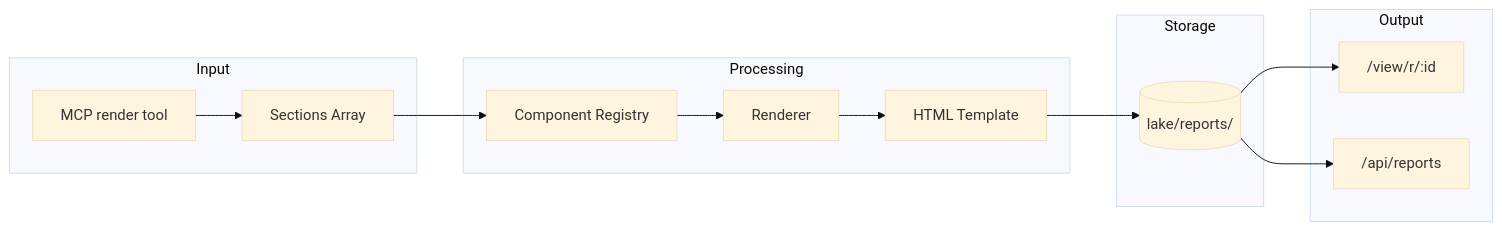
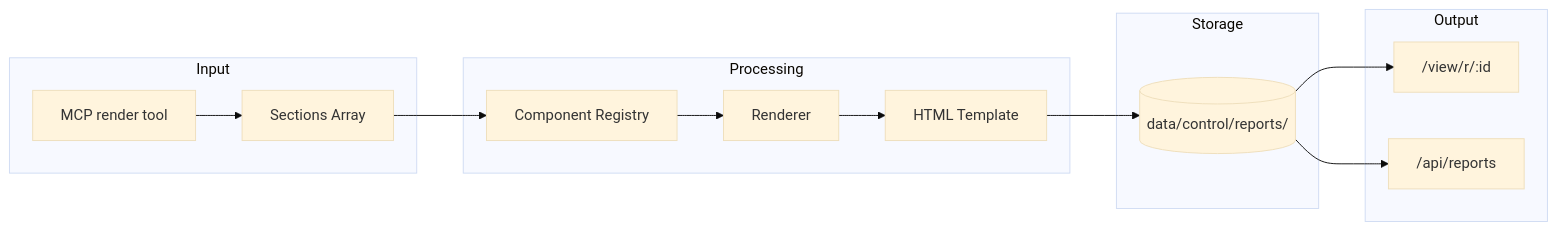
Before and after one commit to labstack/fanout: the tenth of 10 diagrams in ARCHITECTURE.md, drawn with Mermaid (base theme). The commit also changed other lines of this file and 65 other files, not shown here.

````diff
--- a/ARCHITECTURE.md
+++ b/ARCHITECTURE.md
@@ -505,29 +512,29 @@
 ```mermaid
 flowchart LR
     subgraph Input
         MCP[MCP render tool]
         SEC[Sections Array]
     end
 
     subgraph Processing
         REG[Component Registry]
         RND[Renderer]
         TPL[HTML Template]
     end
 
     subgraph Storage
-        FS[("lake/reports/")]
+        FS[("data/control/reports/")]
     end
 
     subgraph Output
         URL["/view/r/:id"]
         API["/api/reports"]
     end
 
     MCP --> SEC
     SEC --> REG
     REG --> RND
     RND --> TPL
     TPL --> FS
     FS --> URL & API
 ```
````
